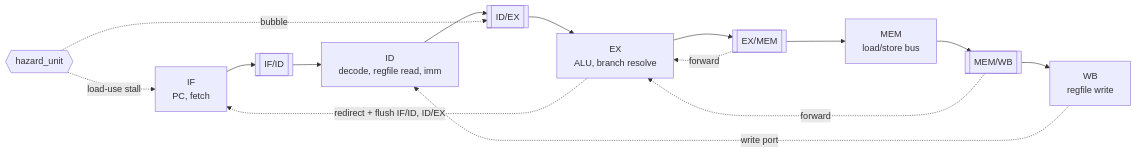
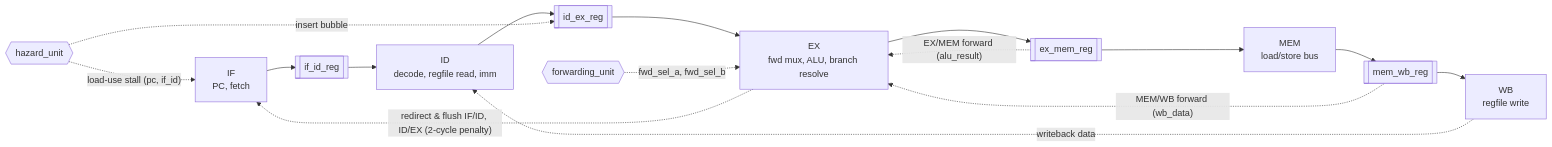
The diagram in docs/pipeline_architecture.md (harshvardhan-31/RV32I-RISC-V-SoC-Design-and-Verification), drawn with Mermaid before and after one commit. The commit also changed other lines of this file and 27 other files, not shown here.

First line of the commit message:
Phase 3 hazard detection and forwarding RTL

````diff
--- a/docs/pipeline_architecture.md
+++ b/docs/pipeline_architecture.md
@@ -5,10 +5,11 @@
 ```mermaid
 flowchart LR
-  IF[IF<br/>PC, fetch] --> R1[[IF/ID]] --> ID[ID<br/>decode, regfile read, imm] --> R2[[ID/EX]] --> EX[EX<br/>ALU, branch resolve] --> R3[[EX/MEM]] --> MEM[MEM<br/>load/store bus] --> R4[[MEM/WB]] --> WB[WB<br/>regfile write]
-  WB -. write port .-> ID
-  R3 -. forward .-> EX
-  R4 -. forward .-> EX
-  EX -. redirect + flush IF/ID, ID/EX .-> IF
-  HZ{{hazard_unit}} -. load-use stall .-> IF
-  HZ -. bubble .-> R2
+  IF[IF<br/>PC, fetch] --> R1[[if_id_reg]] --> ID[ID<br/>decode, regfile read, imm] --> R2[[id_ex_reg]] --> EX[EX<br/>fwd mux, ALU, branch resolve] --> R3[[ex_mem_reg]] --> MEM[MEM<br/>load/store bus] --> R4[[mem_wb_reg]] --> WB[WB<br/>regfile write]
+  WB -. writeback data .-> ID
+  R3 -. "EX/MEM forward (alu_result)" .-> EX
+  R4 -. "MEM/WB forward (wb_data)" .-> EX
+  EX -. "redirect & flush IF/ID, ID/EX (2-cycle penalty)" .-> IF
+  HZ{{hazard_unit}} -. "load-use stall (pc, if_id)" .-> IF
+  HZ -. "insert bubble" .-> R2
+  FWD{{forwarding_unit}} -. "fwd_sel_a, fwd_sel_b" .-> EX
 ```
````
